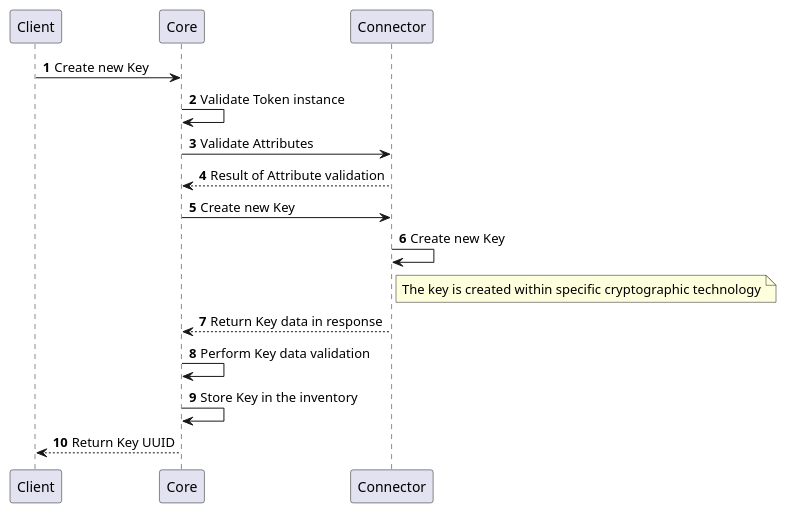
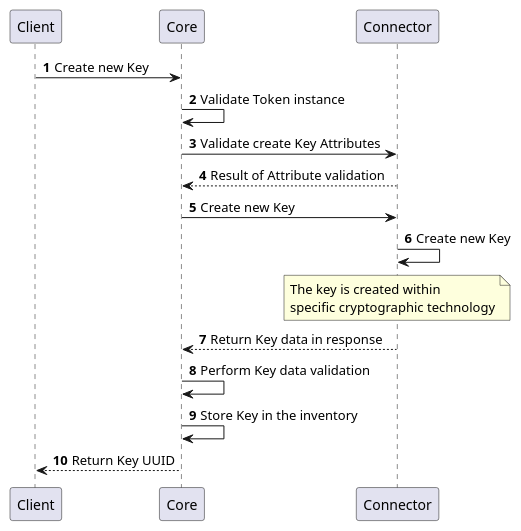
Before and after one commit to CZERTAINLY/CZERTAINLY-Documentation: the ninth of 15 diagrams in docs/12-connectors/05-description/35-cryptography-provider.md, drawn with PlantUML. The commit also changed other lines of this file, not shown here.

Commit message:
Update cryptographic operation processes

````diff
--- a/docs/12-connectors/05-description/35-cryptography-provider.md
+++ b/docs/12-connectors/05-description/35-cryptography-provider.md
@@ -221,17 +257,21 @@
 ```plantuml
     @startuml
     autonumber
+    skinparam maxMessageSize 200
     skinparam topurl https://docs.czertainly.com/api/
         Client -> Core [[core-key/#tag/Key-Management-API/operation/createKey]]: Create new Key
         Core -> Core: Validate Token instance
-        Core -> Connector [[connector-cryptography-provider/#tag/Key-Management-API/operation/validateCreateKeyAttributes]]: Validate Attributes
+        Core -> Connector [[connector-cryptography-provider/#tag/Key-Management-API/operation/validateCreateKeyAttributes]]: Validate create Key Attributes
         Connector --> Core: Result of Attribute validation
         Core -> Connector [[connector-cryptography-provider/#tag/Key-Management-API/operation/createKey]]: Create new Key
         Connector -> Connector: Create new Key
-        note right of Connector: The key is created within specific cryptographic technology
+        note over Connector
+        The key is created within
+        specific cryptographic technology
+        end note
         Connector --> Core: Return Key data in response
         Core -> Core : Perform Key data validation
         Core -> Core : Store Key in the inventory
         Core --> Client: Return Key UUID
     @enduml
 ```
````
